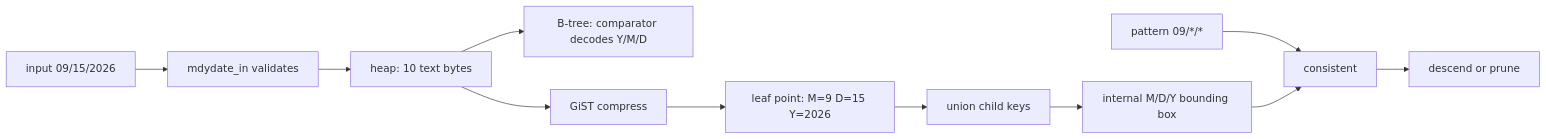
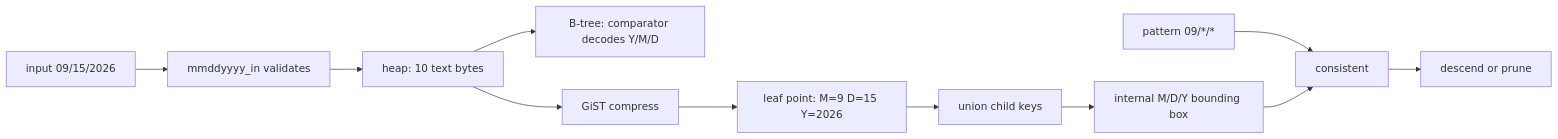
Before and after one commit to FranckPachot/pg-mm-dd-yyyy: the diagram in README.md, drawn with Mermaid. The commit also changed other lines of this file and 15 other files, not shown here.

````diff
--- a/README.md
+++ b/README.md
@@ -466,13 +502,13 @@
 ```mermaid
 flowchart LR
-  Input["input 09/15/2026"] --> Parse["mdydate_in validates"]
+  Input["input 09/15/2026"] --> Parse["mmddyyyy_in validates"]
   Parse --> Heap["heap: 10 text bytes"]
   Heap --> Btree["B-tree: comparator decodes Y/M/D"]
   Heap --> Compress["GiST compress"]
   Compress --> Leaf["leaf point: M=9 D=15 Y=2026"]
   Leaf --> Union["union child keys"]
   Union --> Internal["internal M/D/Y bounding box"]
   Pattern["pattern 09/*/*"] --> Consistent["consistent"]
   Internal --> Consistent
   Consistent --> Decision["descend or prune"]
 ```
````
